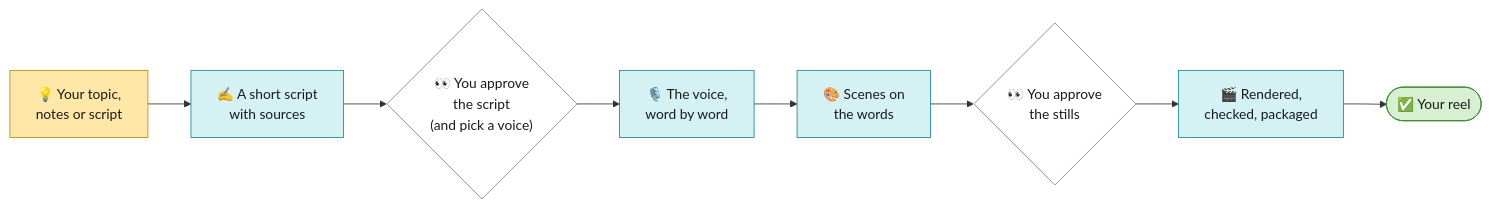
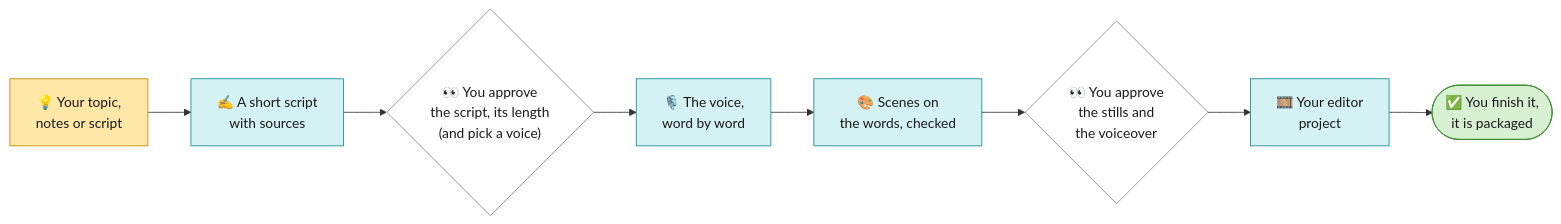
Before and after one commit to harshilsaini26/Video-Workflow: the second of 3 diagrams in Editing-Workflow/explainer/README.md, drawn with Mermaid. The commit also changed other lines of this file and 3 other files, not shown here.

First line of the commit message:
Profile READMEs: the hand-off as the end, where you decide, what each team does now

````diff
--- a/Editing-Workflow/explainer/README.md
+++ b/Editing-Workflow/explainer/README.md
@@ -159,14 +176,14 @@
 ```mermaid
 flowchart LR
     A["💡 Your topic,<br/>notes or script"]:::you --> B["✍️ A short script<br/>with sources"]:::team
-    B --> C{"👀 You approve<br/>the script<br/>(and pick a voice)"}:::ask
+    B --> C{"👀 You approve<br/>the script, its length<br/>(and pick a voice)"}:::ask
     C --> D["🎙️ The voice,<br/>word by word"]:::team
-    D --> E["🎨 Scenes on<br/>the words"]:::team
-    E --> F{"👀 You approve<br/>the stills"}:::ask
-    F --> G["🎬 Rendered,<br/>checked, packaged"]:::team
-    G --> H(["✅ Your reel"]):::done
+    D --> E["🎨 Scenes on<br/>the words, checked"]:::team
+    E --> F{"👀 You approve<br/>the stills and<br/>the voiceover"}:::ask
+    F --> G["🎞️ Your editor<br/>project"]:::team
+    G --> H(["✅ You finish it,<br/>it is packaged"]):::done
     classDef you fill:#FFE7A8,stroke:#C98A00,color:#1a1a1a
     classDef team fill:#D4F1F4,stroke:#1B8A99,color:#1a1a1a
     classDef done fill:#D7F0D2,stroke:#3C8D2F,color:#1a1a1a
     classDef ask fill:#FFFFFF,stroke:#888888,color:#1a1a1a
 ```
````
